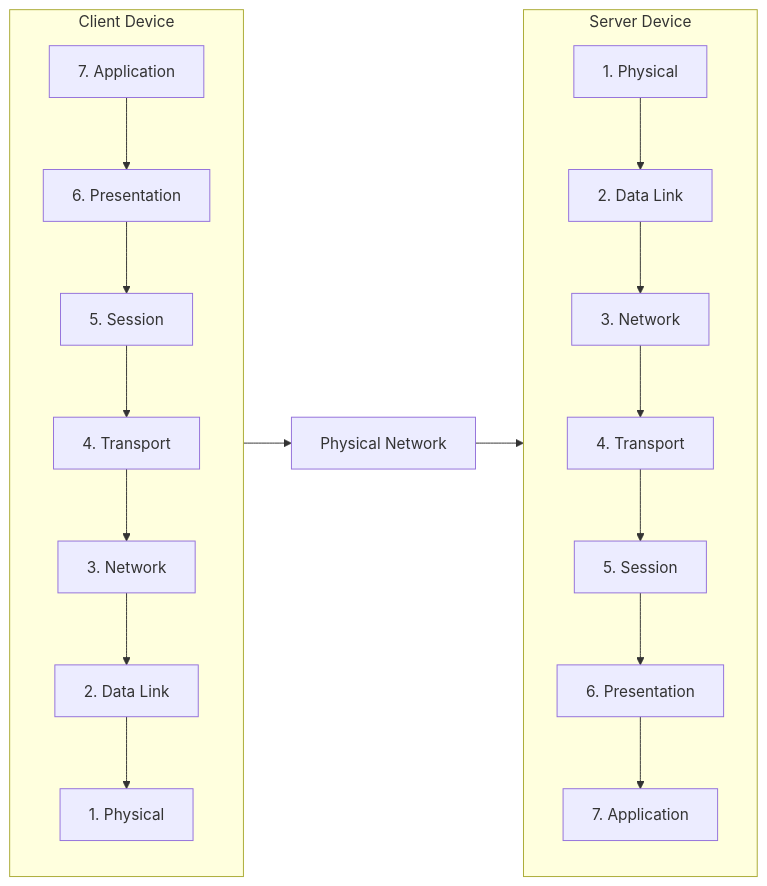
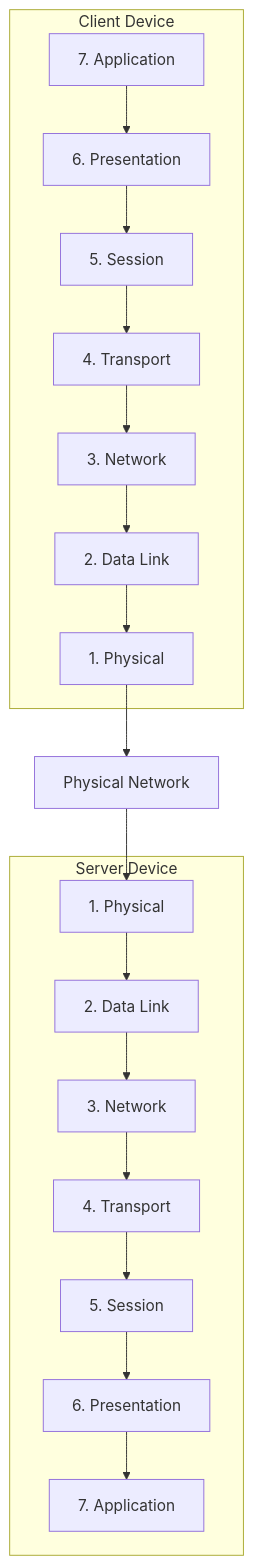
The diagram in content/posts/osi-model/index.md (fionnlinux/fionnlinux.com), drawn with Mermaid before and after one commit.

Commit message:
fix: fixed mermaid diagram

```diff
--- a/content/posts/osi-model/index.md
+++ b/content/posts/osi-model/index.md
@@ -47,23 +47,21 @@
 {{< mermaid >}}
-graph LR
+graph TB
     subgraph Client Device
-        direction TB
         C7[7. Application] --> C6[6. Presentation]
         C6 --> C5[5. Session]
         C5 --> C4[4. Transport]
         C4 --> C3[3. Network]
         C3 --> C2[2. Data Link]
         C2 --> C1[1. Physical]
     end
     C1 --> NET[Physical Network]
     NET --> S1
     subgraph Server Device
-        direction TB
         S1[1. Physical] --> S2[2. Data Link]
         S2 --> S3[3. Network]
         S3 --> S4[4. Transport]
         S4 --> S5[5. Session]
         S5 --> S6[6. Presentation]
         S6 --> S7[7. Application]
     end
 {{< /mermaid >}}
```
